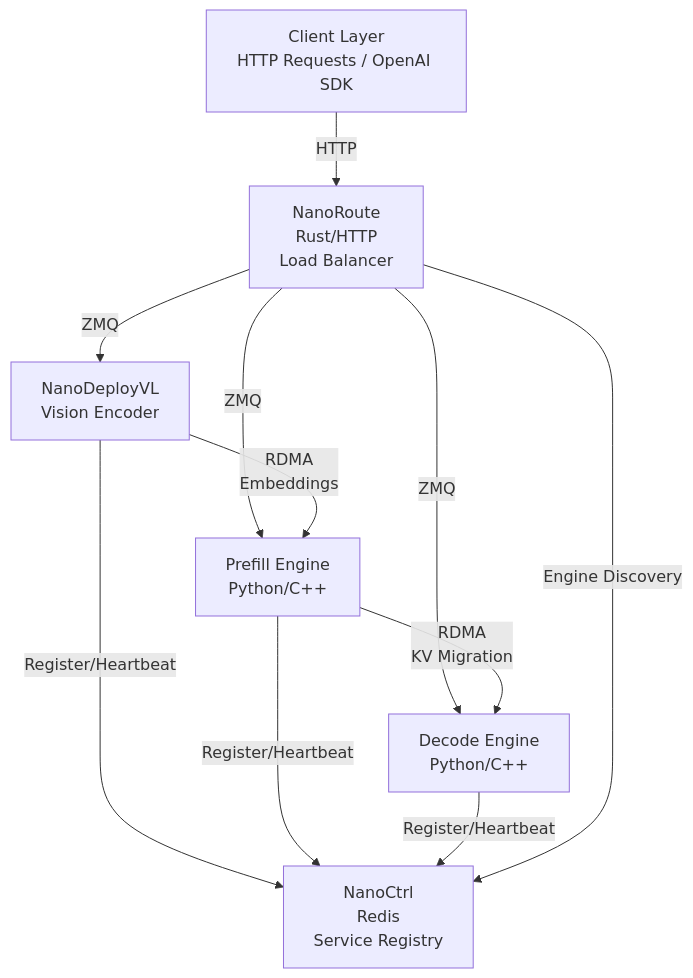
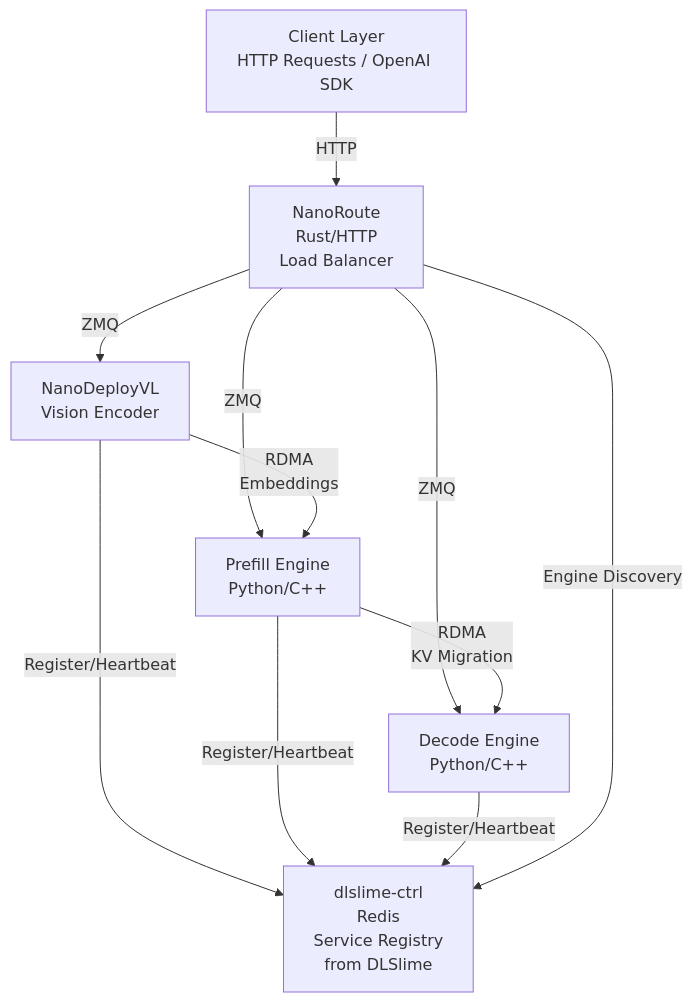
One commit to DeepLink-org/NanoDeploy changed the diagram in README.md. Above: the diagram before and after it, drawn with Mermaid. The commit also changed other lines of this file and 69 other files, not shown here.

````diff
--- a/README.md
+++ b/README.md
@@ -46,20 +45,20 @@
 ```mermaid
 graph TB
     Client[Client Layer<br/>HTTP Requests / OpenAI SDK]
     Route[NanoRoute<br/>Rust/HTTP<br/>Load Balancer]
     VL[NanoDeployVL<br/>Vision Encoder]
     Prefill[Prefill Engine<br/>Python/C++]
     Decode[Decode Engine<br/>Python/C++]
-    Ctrl[NanoCtrl<br/>Redis<br/>Service Registry]
+    Ctrl[dlslime-ctrl<br/>Redis<br/>Service Registry<br/>from DLSlime]
 
     Client -->|HTTP| Route
     Route -->|ZMQ| VL
     Route -->|ZMQ| Prefill
     Route -->|ZMQ| Decode
     VL -->|RDMA<br/>Embeddings| Prefill
     Prefill -->|RDMA<br/>KV Migration| Decode
     VL -->|Register/Heartbeat| Ctrl
     Prefill -->|Register/Heartbeat| Ctrl
     Decode -->|Register/Heartbeat| Ctrl
     Route -->|Engine Discovery| Ctrl
 ```
````
